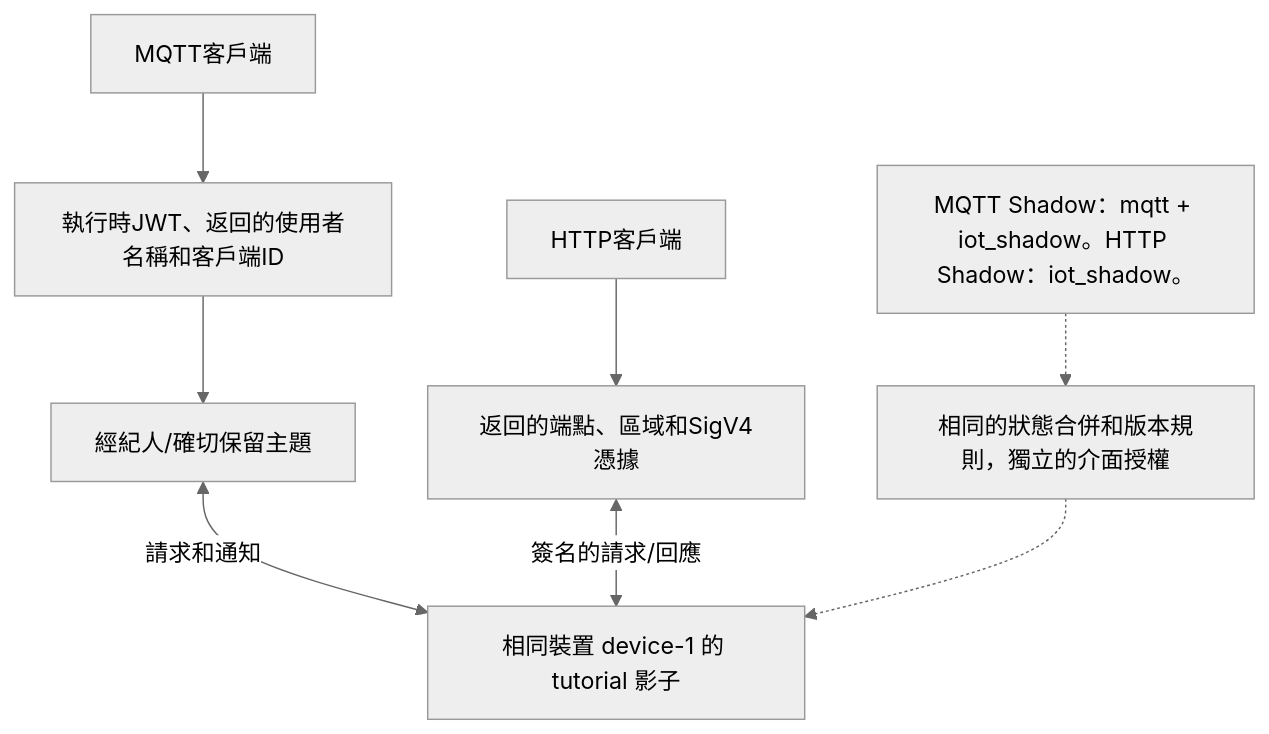
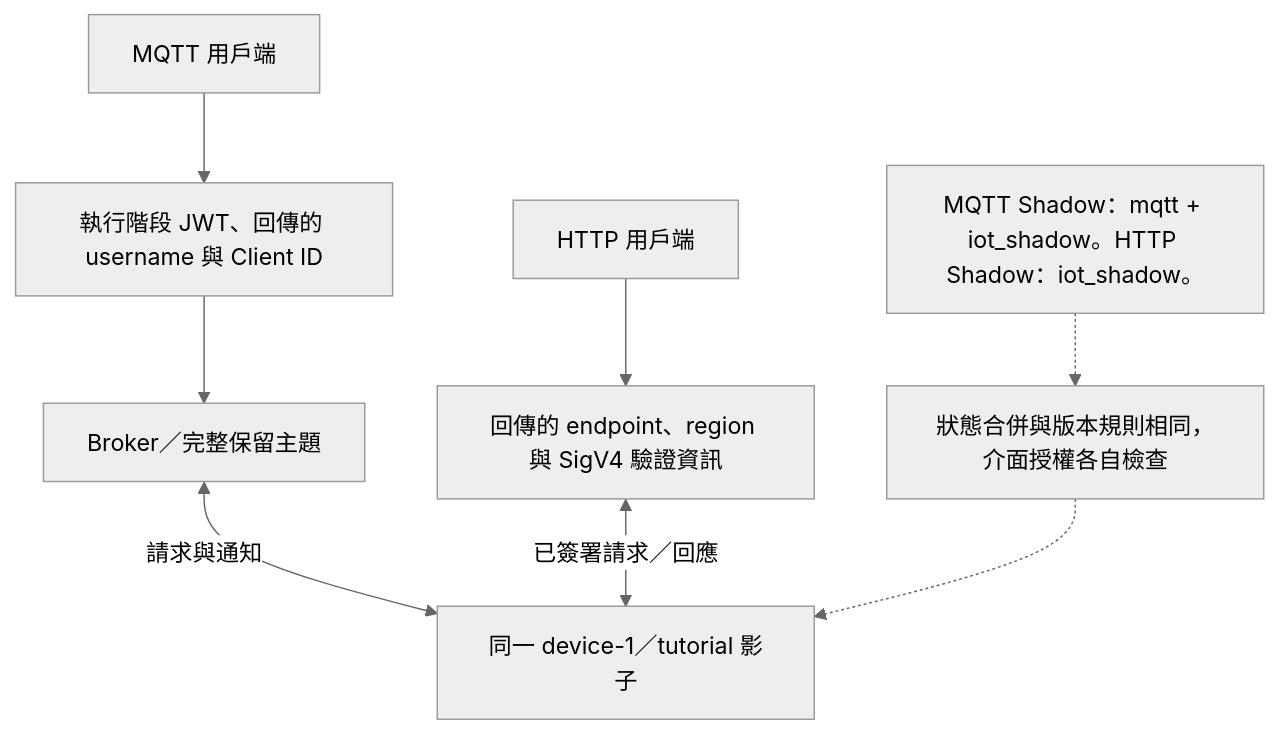
Before and after one commit to hkt999rtk/rtk_cloud_admin: the diagram in web/content/developer-docs/assets/shadow-interface-map.zh-TW.mmd, drawn with Mermaid (neutral theme). The commit also changed 178 other files, not shown here.

```diff
--- a/web/content/developer-docs/assets/shadow-interface-map.zh-TW.mmd
+++ b/web/content/developer-docs/assets/shadow-interface-map.zh-TW.mmd
@@ -1,8 +1,8 @@
 flowchart TB
-    MQTT["MQTT客戶端"] --> AuthM["執行時JWT、返回的使用者名稱和客戶端ID"]
-    AuthM --> Broker["經紀人/確切保留主題"]
-    Broker <-->|"請求和通知"| State["相同裝置 device-1 的 tutorial 影子"]
-    HTTP["HTTP客戶端"] --> AuthH["返回的端點、區域和SigV4憑據"]
-    AuthH <-->|"簽名的請求/回應"| State
-    Rules["相同的狀態合併和版本規則，獨立的介面授權"] -.-> State
+    MQTT["MQTT 用戶端"] --> AuthM["執行階段 JWT、回傳的 username 與 Client ID"]
+    AuthM --> Broker["Broker／完整保留主題"]
+    Broker <-->|"請求與通知"| State["同一 device-1／tutorial 影子"]
+    HTTP["HTTP 用戶端"] --> AuthH["回傳的 endpoint、region 與 SigV4 驗證資訊"]
+    AuthH <-->|"已簽署請求／回應"| State
+    Rules["狀態合併與版本規則相同，介面授權各自檢查"] -.-> State
     Caps["MQTT Shadow：mqtt + iot_shadow。HTTP Shadow：iot_shadow。"] -.-> Rules
```
